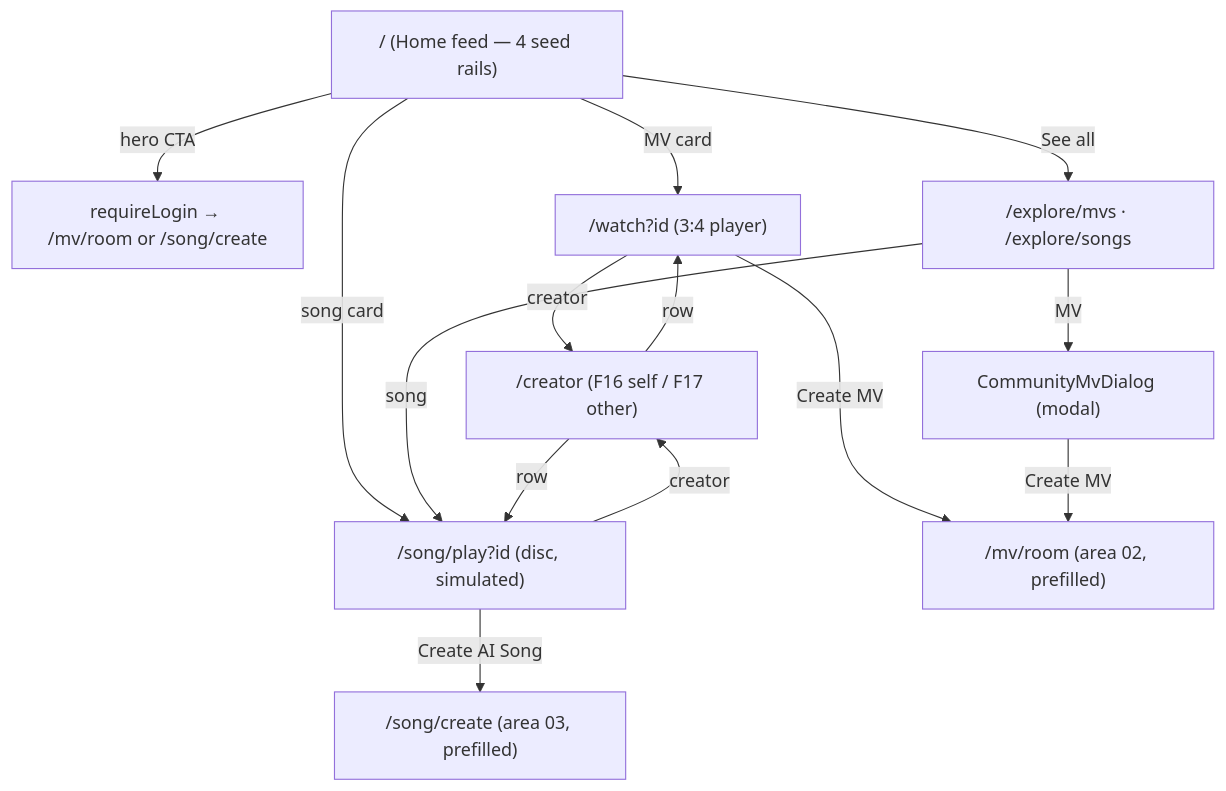
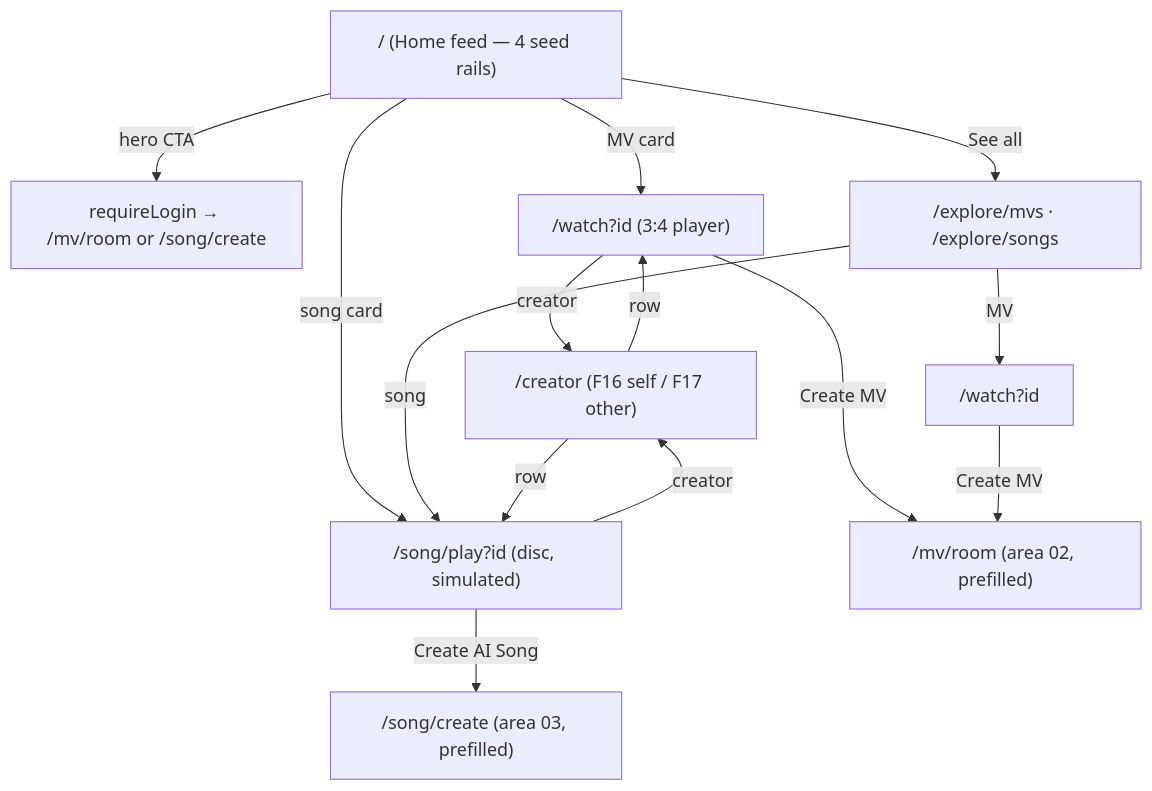
Before and after one commit to pft-JasonChen/musemv-ai: the diagram in web-app/specs/areas/04-explore-community.md, drawn with Mermaid. The commit also changed other lines of this file and 23 other files, not shown here.

````diff
--- a/web-app/specs/areas/04-explore-community.md
+++ b/web-app/specs/areas/04-explore-community.md
@@ -235,16 +235,16 @@
 ```mermaid
 flowchart TD
   Home["/ (Home feed — 4 seed rails)"] -->|hero CTA| Create["requireLogin → /mv/room or /song/create"]
   Home -->|MV card| Watch["/watch?id (3:4 player)"]
   Home -->|song card| Play["/song/play?id (disc, simulated)"]
   Home -->|See all| Explore["/explore/mvs · /explore/songs"]
-  Explore -->|MV| Dialog["CommunityMvDialog (modal)"]
+  Explore -->|MV| Watch2["/watch?id"]
   Explore -->|song| Play
   Watch -->|creator| Creator["/creator (F16 self / F17 other)"]
   Play -->|creator| Creator
   Watch -->|Create MV| Room["/mv/room (area 02, prefilled)"]
-  Dialog -->|Create MV| Room
+  Watch2 -->|Create MV| Room
   Play -->|Create AI Song| Song["/song/create (area 03, prefilled)"]
   Creator -->|row| Watch
   Creator -->|row| Play
 ```
````
